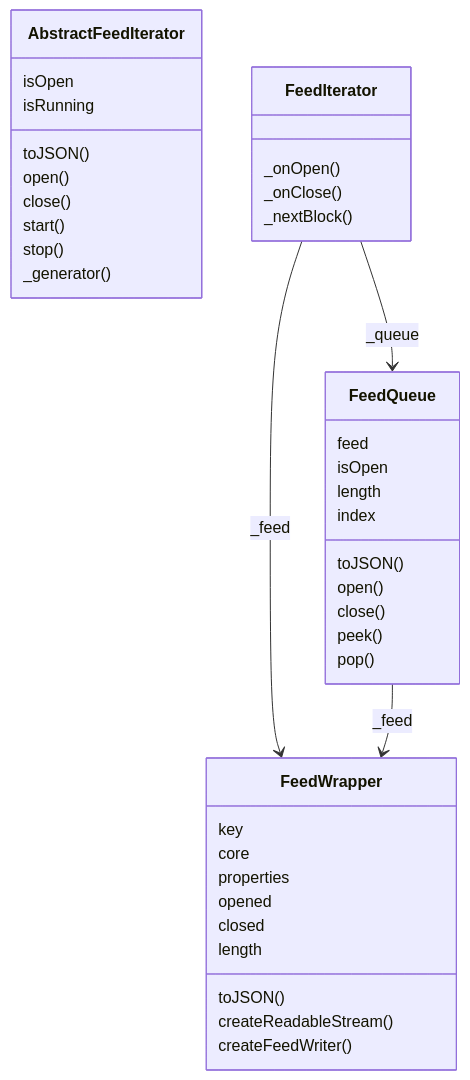
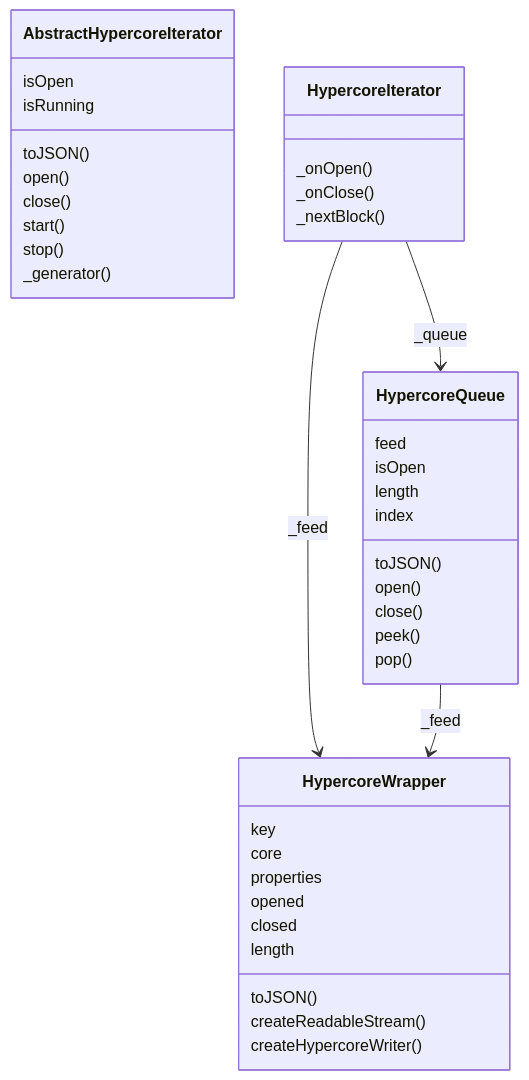
Before and after one commit to dxos/dxos: the second of 3 diagrams in packages/common/feed-store/docs/README.md, drawn with Mermaid. The commit also changed other lines of this file and 19 other files, not shown here.

````diff
--- a/packages/common/feed-store/docs/README.md
+++ b/packages/common/feed-store/docs/README.md
@@ -41,45 +41,45 @@
 ```mermaid
 classDiagram
 direction TB
 
-class AbstractFeedIterator {
+class AbstractHypercoreIterator {
   isOpen
   isRunning
   toJSON()
   open()
   close()
   start()
   stop()
   _generator()
 }
-class FeedIterator {
+class HypercoreIterator {
   _onOpen()
   _onClose()
   _nextBlock()
 }
-FeedIterator --> FeedQueue : _queue
-FeedIterator --> FeedWrapper : _feed
-class FeedQueue {
+HypercoreIterator --> HypercoreQueue : _queue
+HypercoreIterator --> HypercoreWrapper : _feed
+class HypercoreQueue {
   feed
   isOpen
   length
   index
   toJSON()
   open()
   close()
   peek()
   pop()
 }
-FeedQueue --> FeedWrapper : _feed
-class FeedWrapper {
+HypercoreQueue --> HypercoreWrapper : _feed
+class HypercoreWrapper {
   key
   core
   properties
   opened
   closed
   length
   toJSON()
   createReadableStream()
-  createFeedWriter()
+  createHypercoreWriter()
 }
 ```
````
